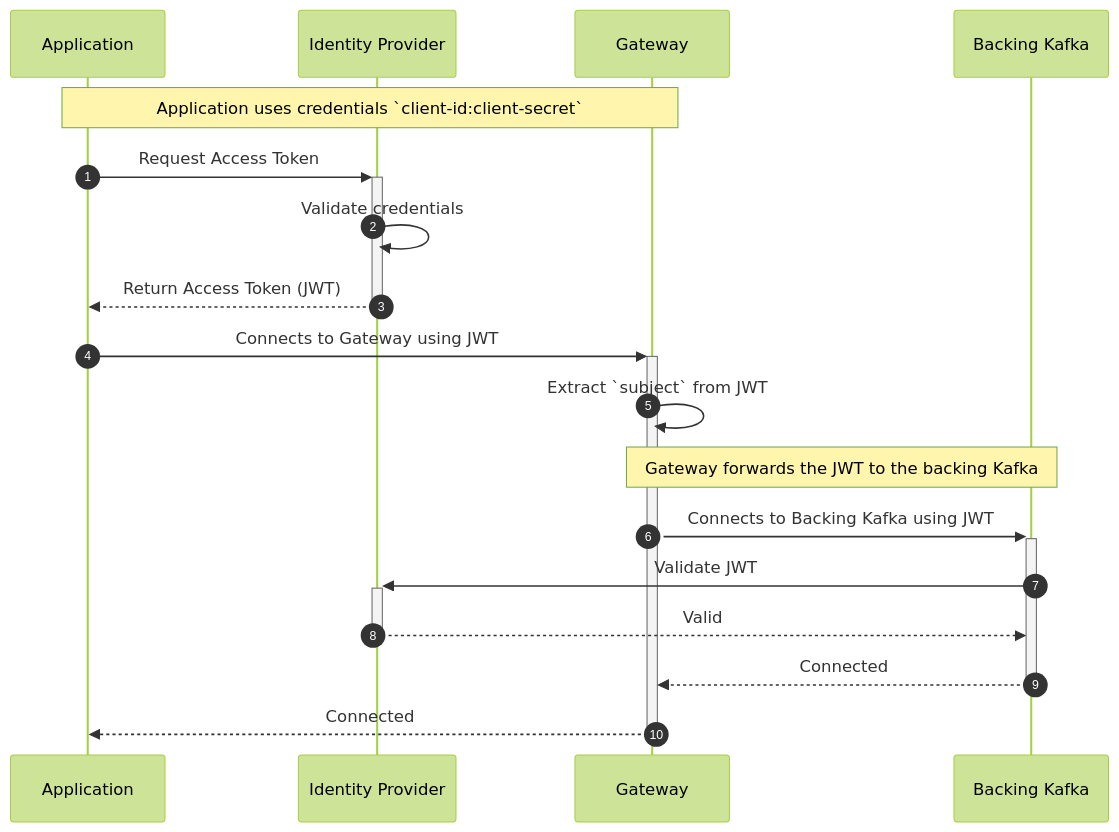
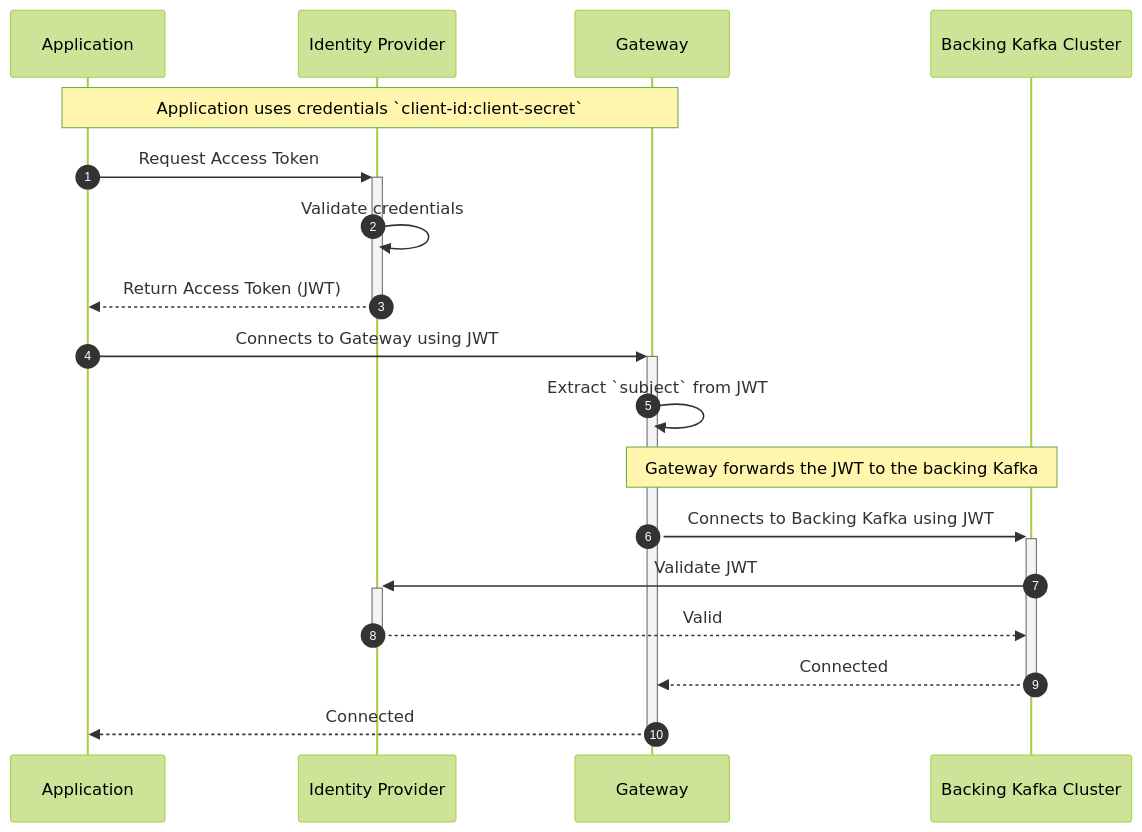
One commit to conduktor/conduktor-docs changed the seventh of 8 diagrams in docs/gateway/configuration/index.md. Above: the diagram before and after it, drawn with Mermaid (forest theme). The commit also changed other lines of this file, not shown here.

Commit message:
Option: with Backing Kafka ACLs

````diff
--- a/docs/gateway/configuration/index.md
+++ b/docs/gateway/configuration/index.md
@@ -151,21 +165,21 @@
 ```mermaid
 sequenceDiagram
 	autonumber
 	participant A as Application 
 	participant I as Identity Provider
     participant GW as Gateway
-    participant K as Backing Kafka
+    participant K as Backing Kafka Cluster
 	
 	Note over A,GW: Application uses credentials `client-id:client-secret`
 	A->>+I: Request Access Token
 	I->>I: Validate credentials
     I-->>-A: Return Access Token (JWT)
     A->>+GW: Connects to Gateway using JWT
     GW->>GW: Extract `subject` from JWT
     Note over GW,K: Gateway forwards the JWT to the backing Kafka
     GW->>+K: Connects to Backing Kafka using JWT
     K->>+I: Validate JWT
     I-->>-K: Valid
     K-->>-GW: Connected
     GW-->>-A: Connected
 ```
````
